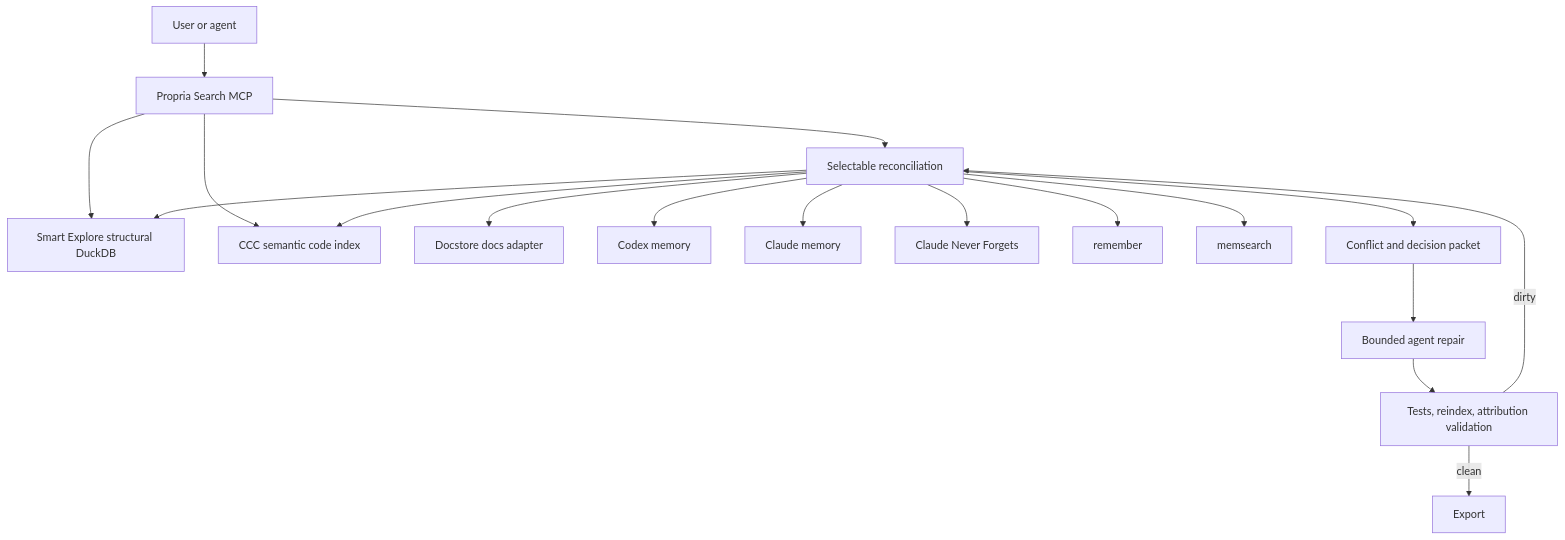
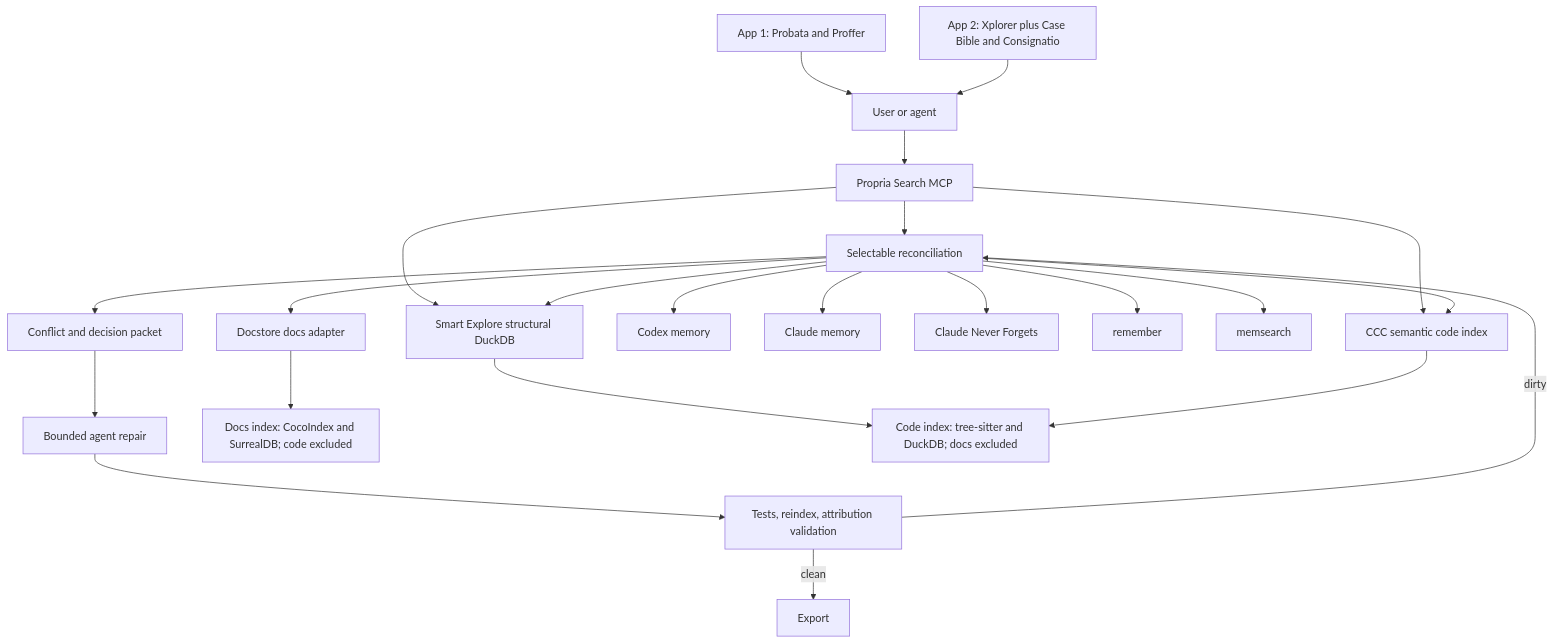
One commit to Cursedpotential/probata changed the diagram in plugins/search/README.md. Above: the diagram before and after it, drawn with Mermaid. The commit also changed other lines of this file and 7 other files, not shown here.

Commit message:
feat(search): expose reconciliation graph tools

````diff
--- a/plugins/search/README.md
+++ b/plugins/search/README.md
@@ -49,20 +52,25 @@
 ```mermaid
 graph TD
-  U[User or agent] --> MCP[Propria Search MCP]
+  P1[App 1: Probata and Proffer] --> U[User or agent]
+  P2[App 2: Xplorer plus Case Bible and Consignatio] --> U
+  U --> MCP[Propria Search MCP]
   MCP --> SE[Smart Explore structural DuckDB]
   MCP --> CCC[CCC semantic code index]
   MCP --> R[Selectable reconciliation]
   R --> D[Docstore docs adapter]
   R --> CM[Codex memory]
   R --> CL[Claude memory]
   R --> CNF[Claude Never Forgets]
   R --> REM[remember]
   R --> MEM[memsearch]
   R --> SE
   R --> CCC
   R --> P[Conflict and decision packet]
   P --> A[Bounded agent repair]
   A --> V[Tests, reindex, attribution validation]
   V -->|dirty| R
   V -->|clean| X[Export]
+  D --> DI[Docs index: CocoIndex and SurrealDB; code excluded]
+  SE --> CI[Code index: tree-sitter and DuckDB; docs excluded]
+  CCC --> CI
 ```
````
